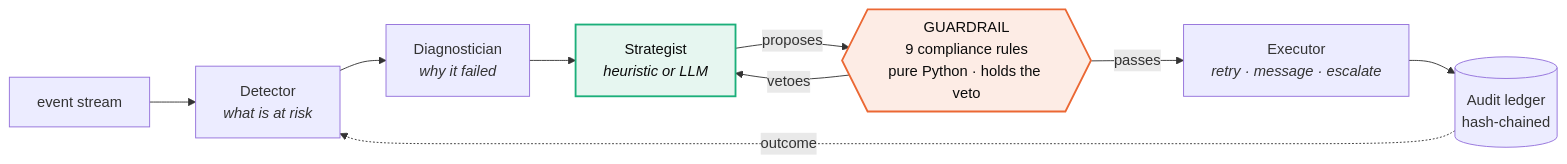
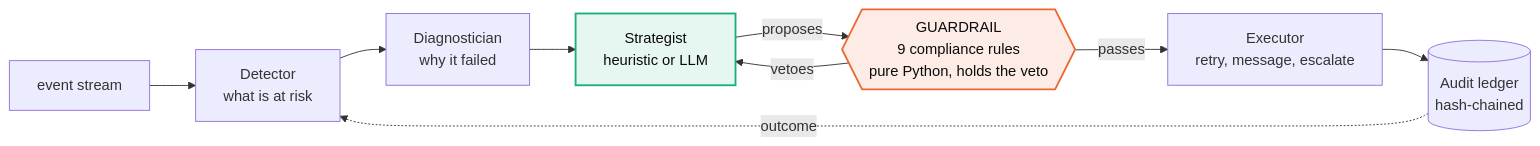
The diagram in README.md (Ovais-Maker/razorpay-buildathon-recoup), drawn with Mermaid before and after one commit.

Commit message:
Drop HTML tags from the mermaid labels
GitHub renders mermaid in a sandboxed iframe whose htmlLabels setting is
not guaranteed, so <i> tags can appear literally. Plain text plus <br/>
renders the same either way.

````diff
--- a/README.md
+++ b/README.md
@@ -90,16 +90,16 @@
 ```mermaid
 flowchart LR
-    E["event stream"] --> D["Detector<br/><i>what is at risk</i>"]
-    D --> X["Diagnostician<br/><i>why it failed</i>"]
-    X --> S["Strategist<br/><i>heuristic or LLM</i>"]
-    S -- proposes --> G{{"GUARDRAIL<br/>9 compliance rules<br/>pure Python · holds the veto"}}
-    G -- passes --> P["Executor<br/><i>retry · message · escalate</i>"]
+    E["event stream"] --> D["Detector<br/>what is at risk"]
+    D --> X["Diagnostician<br/>why it failed"]
+    X --> S["Strategist<br/>heuristic or LLM"]
+    S -- proposes --> G{{"GUARDRAIL<br/>9 compliance rules<br/>pure Python, holds the veto"}}
+    G -- passes --> P["Executor<br/>retry, message, escalate"]
     G -- vetoes --> S
     P --> A[("Audit ledger<br/>hash-chained")]
     A -. outcome .-> D
 
     classDef guard fill:#fdece5,stroke:#eb6834,stroke-width:2px,color:#0b0b0b
     classDef swap fill:#e6f6f0,stroke:#1baf7a,stroke-width:2px,color:#0b0b0b
     class G guard
     class S swap
 ```
````
